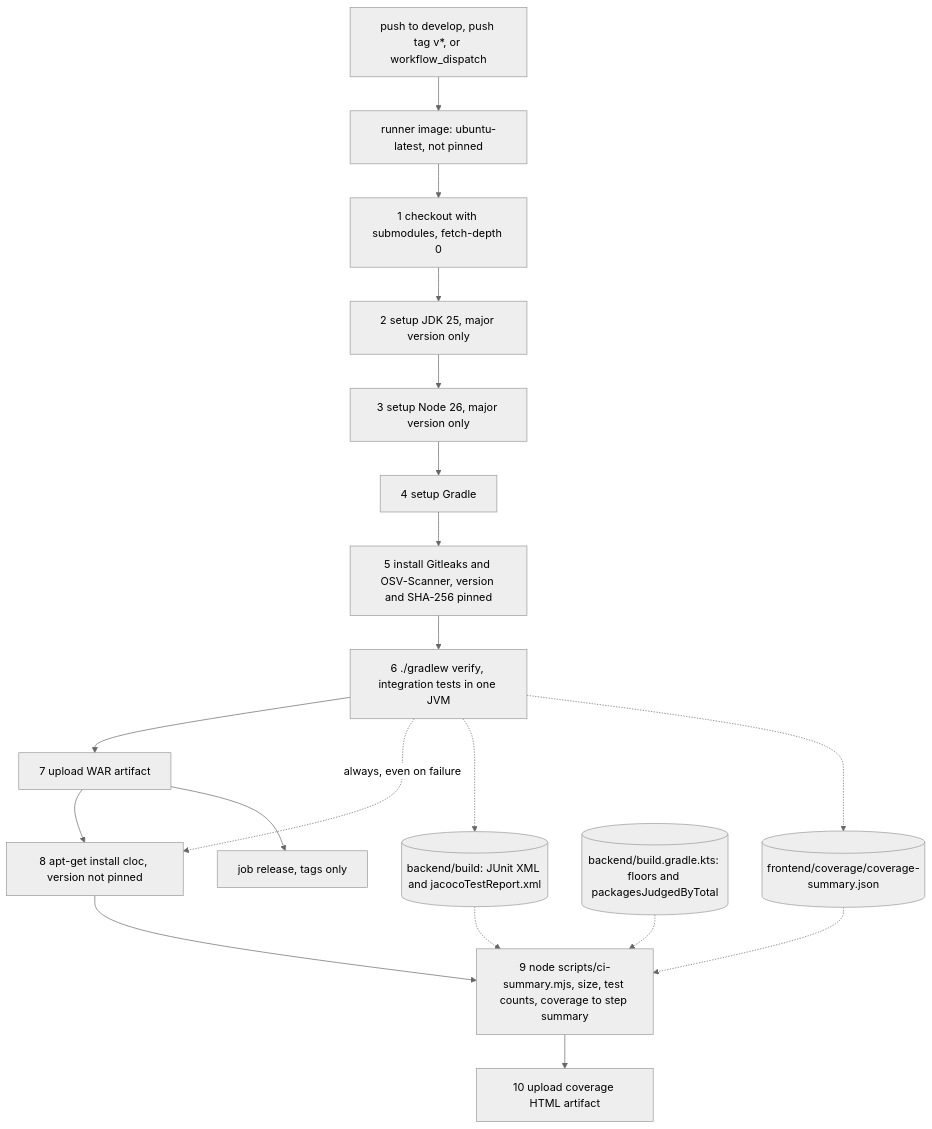
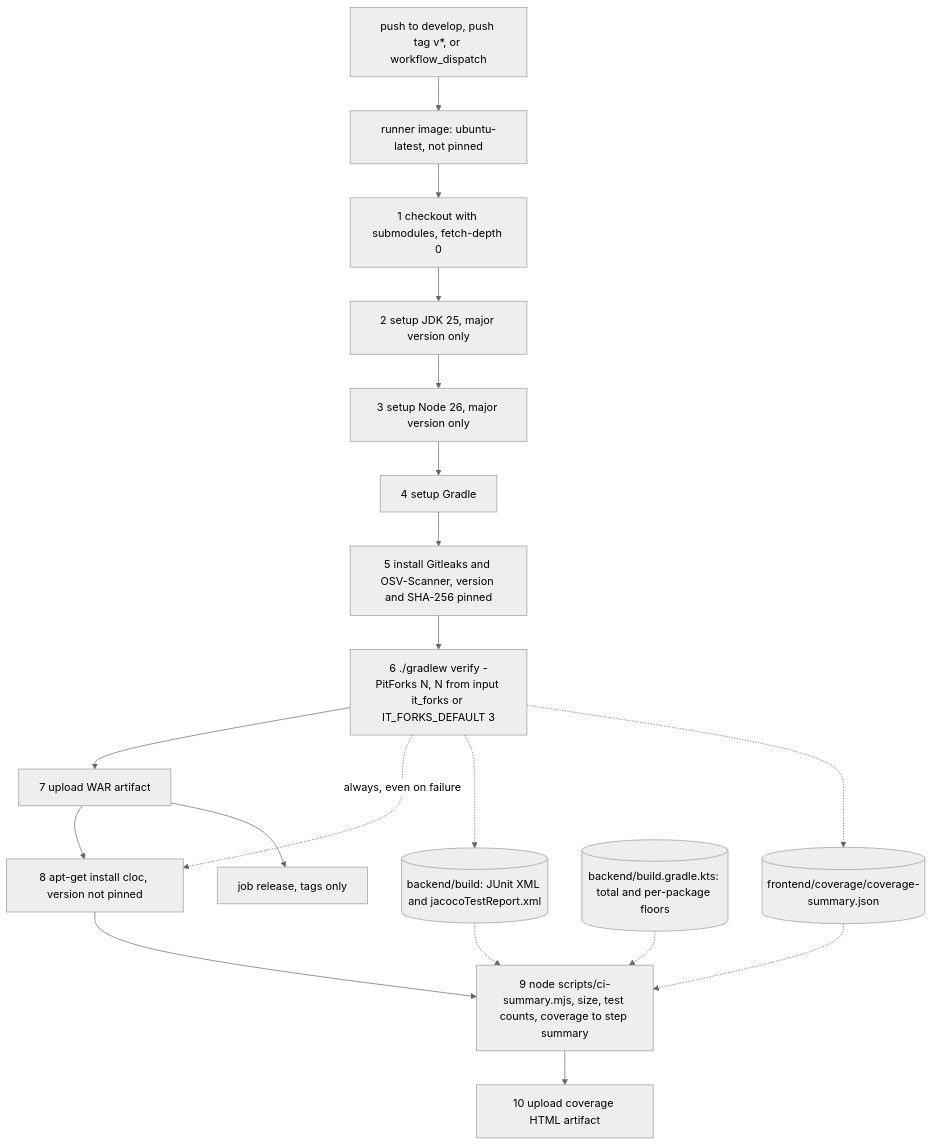
One commit to agwlvssainokuni/mastersmith2 changed the ninth of 9 diagrams in aidlc/spaces/default/codekb/mastersmith2/architecture.md. Above: the diagram before and after it, drawn with Mermaid (neutral theme). The commit also changed other lines of this file and 14 other files, not shown here.

Commit message:
Reverse Engineering の初稿: 依存の宣言・-PitForks・packagesJudgedByTotal の古い記述の直し（Intent 261110-deps-forks-review）

````diff
--- a/aidlc/spaces/default/codekb/mastersmith2/architecture.md
+++ b/aidlc/spaces/default/codekb/mastersmith2/architecture.md
@@ -511,21 +529,21 @@
 ```mermaid
 flowchart TD
   PUSH["push to develop, push tag v*, or workflow_dispatch"] --> RUNNER["runner image: ubuntu-latest, not pinned"]
   RUNNER --> S1["1 checkout with submodules, fetch-depth 0"]
   S1 --> S2["2 setup JDK 25, major version only"]
   S2 --> S3["3 setup Node 26, major version only"]
   S3 --> S4["4 setup Gradle"]
   S4 --> S5["5 install Gitleaks and OSV-Scanner, version and SHA-256 pinned"]
-  S5 --> S6["6 ./gradlew verify, integration tests in one JVM"]
+  S5 --> S6["6 ./gradlew verify -PitForks N, N from input it_forks or IT_FORKS_DEFAULT 3"]
   S6 --> S7["7 upload WAR artifact"]
   S6 -.->|"always, even on failure"| S8["8 apt-get install cloc, version not pinned"]
   S7 --> S8
   S8 --> S9["9 node scripts/ci-summary.mjs, size, test counts, coverage to step summary"]
   S9 --> S10["10 upload coverage HTML artifact"]
   S6 -.-> JX[("backend/build: JUnit XML and jacocoTestReport.xml")]
   S6 -.-> FX[("frontend/coverage/coverage-summary.json")]
   JX -.-> S9
   FX -.-> S9
-  GK[("backend/build.gradle.kts: floors and packagesJudgedByTotal")] -.-> S9
+  GK[("backend/build.gradle.kts: total and per-package floors")] -.-> S9
   S7 --> REL["job release, tags only"]
 ```
````
